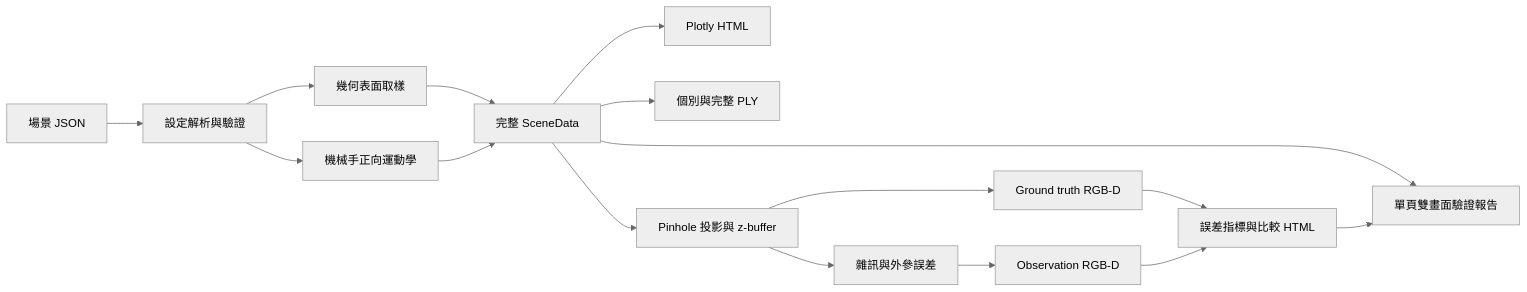
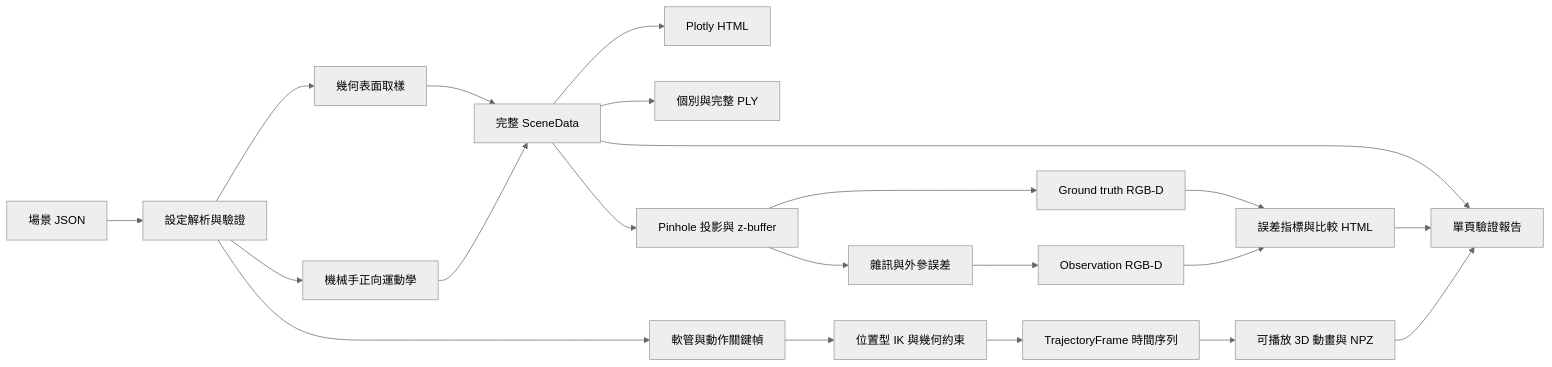
One commit to zack7515/SimGrasp3D-Lab changed the diagram in README.md. Above: the diagram before and after it, drawn with Mermaid (neutral theme). The commit also changed other lines of this file and 22 other files, not shown here.

````diff
--- a/README.md
+++ b/README.md
@@ -128,18 +142,23 @@
 ```mermaid
 flowchart LR
     A[場景 JSON] --> B[設定解析與驗證]
     B --> C[幾何表面取樣]
     B --> D[機械手正向運動學]
     C --> E[完整 SceneData]
     D --> E
     E --> F[Plotly HTML]
     E --> G[個別與完整 PLY]
     E --> H[Pinhole 投影與 z-buffer]
     H --> I[Ground truth RGB-D]
     H --> J[雜訊與外參誤差]
     J --> K[Observation RGB-D]
     I --> L[誤差指標與比較 HTML]
     K --> L
-    E --> M[單頁雙畫面驗證報告]
+    B --> N[軟管與動作關鍵幀]
+    N --> O[位置型 IK 與幾何約束]
+    O --> P[TrajectoryFrame 時間序列]
+    P --> Q[可播放 3D 動畫與 NPZ]
+    E --> M[單頁驗證報告]
     L --> M
+    Q --> M
 ```
````
